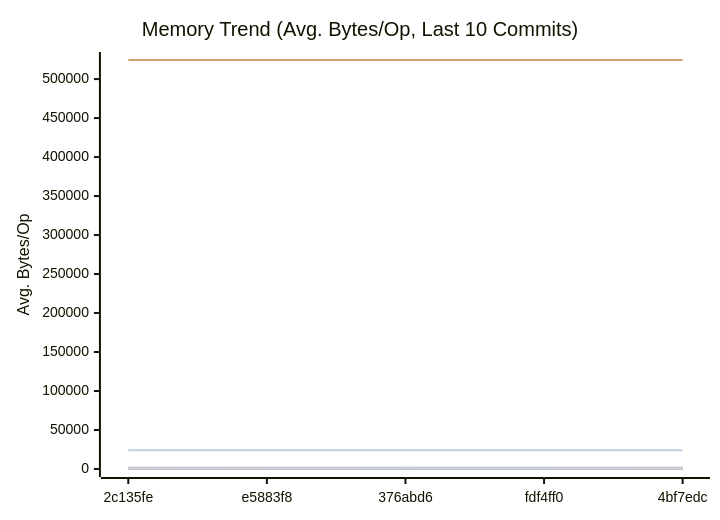
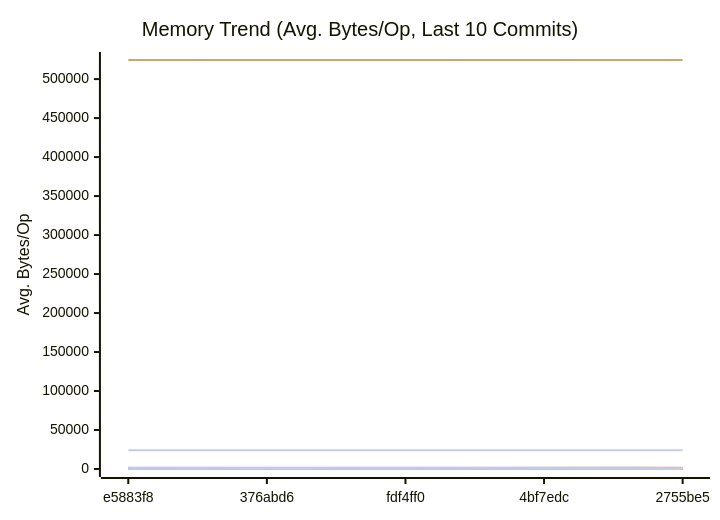
One commit to alsotoes/momo changed the second of 3 diagrams in docs/PERFORMANCE.md. Above: the diagram before and after it, drawn with Mermaid. The commit also changed other lines of this file and 2 other files, not shown here.

````diff
--- a/docs/PERFORMANCE.md
+++ b/docs/PERFORMANCE.md
@@ -309,44 +310,44 @@
 ```mermaid
 xychart-beta
     title "Memory Trend (Avg. Bytes/Op, Last 10 Commits)"
     x-axis "Commit"
     y-axis "Avg. Bytes/Op"
-    x-axis [2c135fe,e5883f8,376abd6,fdf4ff0,4bf7edc]
-    line "AWSChunkedReaderSigned" [88,161,167,124,108,128,114,123,127,107]
-    line "AWSChunkedReaderUnsigned" [99,161,164,139,116,147,109,121,110,100]
+    x-axis [e5883f8,376abd6,fdf4ff0,4bf7edc,2755be5]
+    line "AWSChunkedReaderSigned" [161,167,124,108,128,114,123,127,107,88]
+    line "AWSChunkedReaderUnsigned" [161,164,139,116,147,109,121,110,100,95]
     line "CheckMetricsAndSwap" [0,0,0,0,0,0,0,0,0,0]
     line "CrushOptimized" [0,0,0,0,0,0,0,0,0,0]
     line "CrushOriginal" [164,164,164,164,164,164,164,164,164,164]
-    line "FormatListObjectsV2XML_AppendFormat" [524455,524439,524442,524446,524462,524483,524463,524491,524477,524500]
+    line "FormatListObjectsV2XML_AppendFormat" [524439,524442,524446,524462,524483,524463,524491,524477,524500,524483]
     line "FormatListObjectsV2XML_OldFormat" [24000,24000,24000,24000,24000,24000,24000,24000,24000,24000]
-    line "HashBytes/1MiB" [295,265,304,292,205,221,207,239,189,200]
-    line "HashBytes/256MiB" [257,282,305,290,229,220,189,234,233,223]
-    line "HashBytes/64MiB" [298,280,320,276,225,211,189,213,196,188]
-    line "HashFile/1MiB" [239,312,273,313,212,204,182,175,202,190]
-    line "HashFile/256MiB" [259,338,304,264,203,205,211,184,230,193]
-    line "HashFile/64MiB" [270,336,269,324,201,204,237,203,232,194]
+    line "HashBytes/1MiB" [265,304,292,205,221,207,239,189,200,190]
+    line "HashBytes/256MiB" [282,305,290,229,220,189,234,233,223,190]
+    line "HashBytes/64MiB" [280,320,276,225,211,189,213,196,188,246]
+    line "HashFile/1MiB" [312,273,313,212,204,182,175,202,190,214]
+    line "HashFile/256MiB" [338,304,264,203,205,211,184,230,193,152]
+    line "HashFile/64MiB" [336,269,324,201,204,237,203,232,194,193]
     line "IndexDirectTracking" [0,0,0,0,0,0,0,0,0,0]
     line "IndexSearch" [0,0,0,0,0,0,0,0,0,0]
     line "LastModifiedHeader_AppendFormat" [0,0,0,0,0,0,0,0,0,0]
     line "LastModifiedHeader_Format" [32,32,32,32,32,32,32,32,32,32]
     line "LoadGlobalConfig" [1976,1976,1976,1976,1976,1976,1976,1976,1976,1976]
-    line "LocalWrite/1MiB" [1282,1458,2352,2430,1992,1318,1899,1346,1995,1817]
-    line "LocalWrite/256MiB" [1698,2231,2851,2682,2123,1776,2213,1940,2087,2086]
-    line "LocalWrite/64MiB" [1927,2401,2788,2594,2044,1265,2063,1863,1888,2026]
+    line "LocalWrite/1MiB" [1458,2352,2430,1992,1318,1899,1346,1995,1817,1626]
+    line "LocalWrite/256MiB" [2231,2851,2682,2123,1776,2213,1940,2087,2086,1665]
+    line "LocalWrite/64MiB" [2401,2788,2594,2044,1265,2063,1863,1888,2026,1495]
     line "PadString" [64,64,64,64,64,64,64,64,64,64]
     line "ParseReplicationOrder_NoPrealloc" [408,408,408,408,408,248,248,248,248,248]
     line "ParseReplicationOrder_Prealloc" [240,240,240,240,240,80,80,80,80,80]
     line "Placement" [352,352,352,352,352,352,352,352,352,352]
     line "PlacementDomainSpread" [352,352,352,352,352,352,352,352,352,352]
-    line "ReadVerify/1MiB" [172,334,276,292,235,206,264,221,222,228]
-    line "ReadVerify/256MiB" [190,268,334,304,216,201,233,215,188,195]
-    line "ReadVerify/64MiB" [200,313,289,245,165,200,233,217,201,195]
-    line "S3PutSpool/1MiB" [160,277,241,233,181,162,207,157,170,157]
-    line "S3PutSpool/256MiB" [235,247,254,258,182,190,202,165,171,152]
-    line "S3PutSpool/64MiB" [177,273,230,242,175,170,238,183,173,176]
+    line "ReadVerify/1MiB" [334,276,292,235,206,264,221,222,228,159]
+    line "ReadVerify/256MiB" [268,334,304,216,201,233,215,188,195,228]
+    line "ReadVerify/64MiB" [313,289,245,165,200,233,217,201,195,225]
+    line "S3PutSpool/1MiB" [277,241,233,181,162,207,157,170,157,197]
+    line "S3PutSpool/256MiB" [247,254,258,182,190,202,165,171,152,151]
+    line "S3PutSpool/64MiB" [273,230,242,175,170,238,183,173,176,166]
     line "SanitizeLog/Safe" [0,0,0,0,0,0,0,0,0,0]
     line "SanitizeLog/Unsafe" [704,704,704,704,704,704,704,704,704,704]
-    line "TrustedRead/1MiB" [286,297,309,258,162,184,216,228,174,171]
-    line "TrustedRead/256MiB" [163,303,311,285,186,175,219,190,237,202]
-    line "TrustedRead/64MiB" [198,308,293,274,201,160,199,226,173,163]
+    line "TrustedRead/1MiB" [297,309,258,162,184,216,228,174,171,205]
+    line "TrustedRead/256MiB" [303,311,285,186,175,219,190,237,202,213]
+    line "TrustedRead/64MiB" [308,293,274,201,160,199,226,173,163,199]
 ```
````
